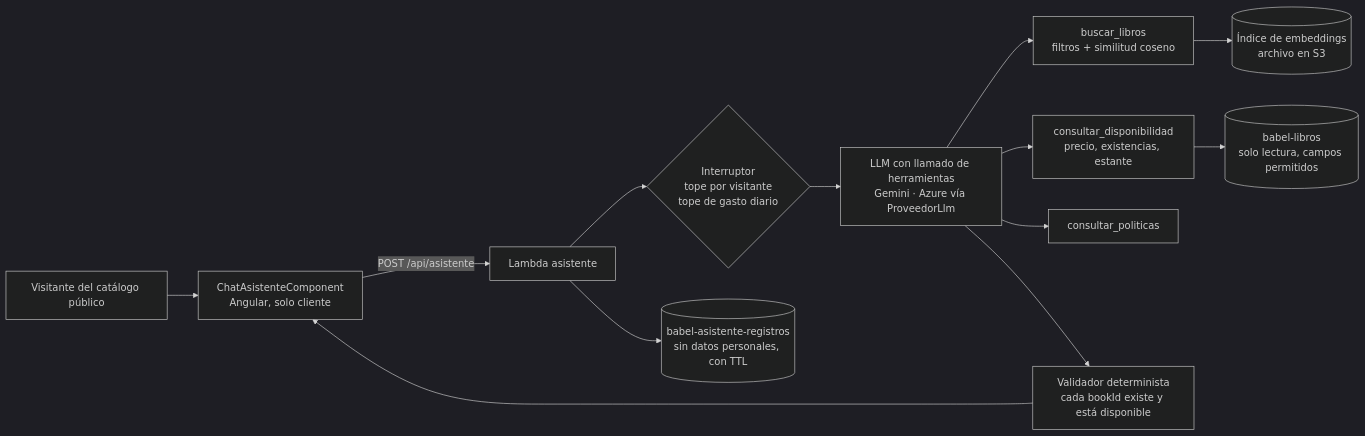
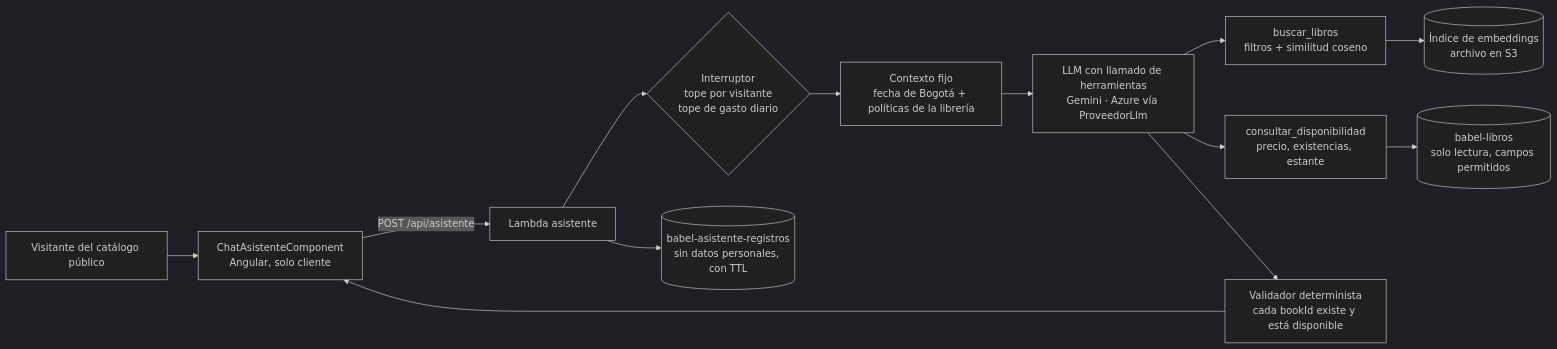
One commit to ocastelblanco/babel-letiende changed the diagram in asistente-ia/README.md. Above: the diagram before and after it, drawn with Mermaid (dark theme). The commit also changed 17 other files, not shown here.

First line of the commit message:
fix(asistente): las políticas viajan siempre en el contexto, reintento de la respuesta final y registro diagnosticable (Fase 3, T-0030)

````diff
--- a/asistente-ia/README.md
+++ b/asistente-ia/README.md
@@ -34,15 +34,14 @@
 ```mermaid
 flowchart LR
   V[Visitante del catálogo público] --> C[ChatAsistenteComponent<br/>Angular, solo cliente]
   C -->|POST /api/asistente| L[Lambda asistente]
   L --> G{Interruptor<br/>tope por visitante<br/>tope de gasto diario}
-  G --> M[LLM con llamado de herramientas<br/>Gemini · Azure vía ProveedorLlm]
+  G --> P[Contexto fijo<br/>fecha de Bogotá + políticas de la librería] --> M[LLM con llamado de herramientas<br/>Gemini · Azure vía ProveedorLlm]
   M --> T1[buscar_libros<br/>filtros + similitud coseno]
   M --> T2[consultar_disponibilidad<br/>precio, existencias, estante]
-  M --> T3[consultar_politicas]
   T1 --> S3[(Índice de embeddings<br/>archivo en S3)]
   T2 --> D[(babel-libros<br/>solo lectura, campos permitidos)]
   M --> VAL[Validador determinista<br/>cada bookId existe y está disponible]
   VAL --> C
   L --> R[(babel-asistente-registros<br/>sin datos personales, con TTL)]
 ```
````
